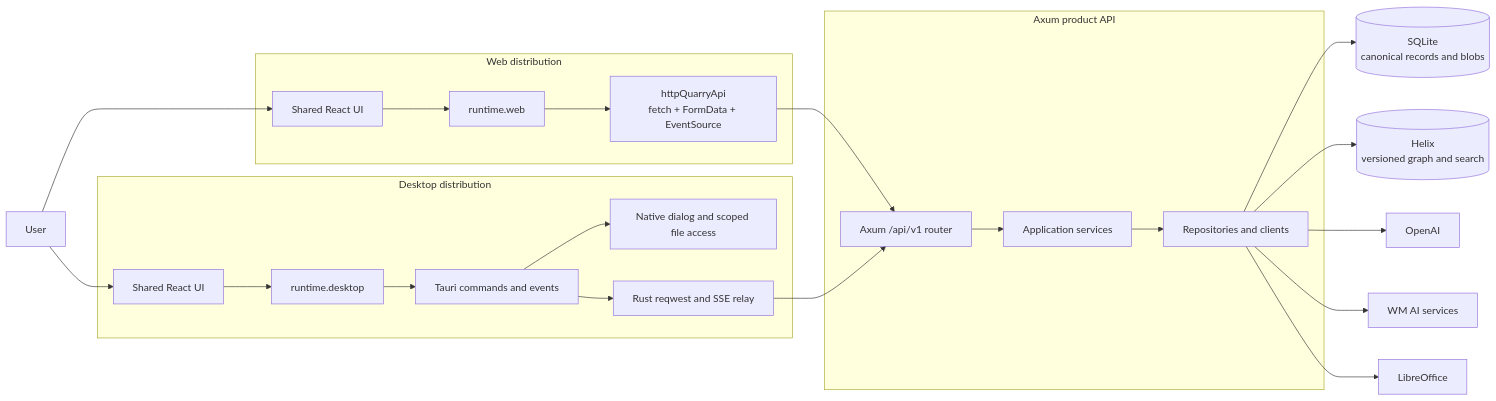
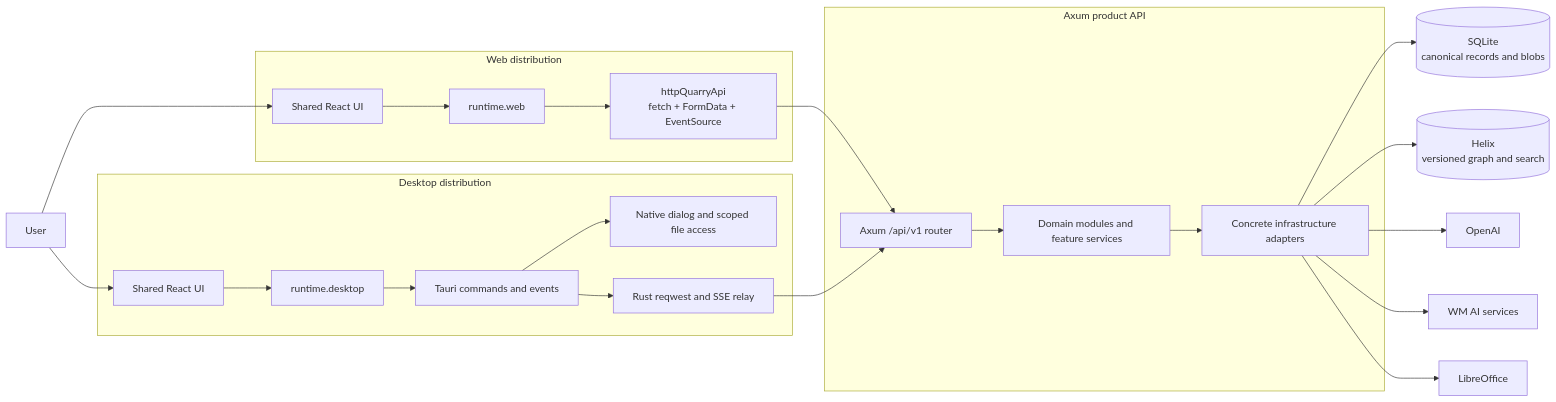
Before and after one commit to ratik-gambhir-WM/Quarry: the first of 3 diagrams in docs/ARCHITECTURE.md, drawn with Mermaid. The commit also changed other lines of this file and 344 other files, not shown here.

````diff
--- a/docs/ARCHITECTURE.md
+++ b/docs/ARCHITECTURE.md
@@ -69,45 +68,45 @@
 ```mermaid
 flowchart LR
     User[User]
 
     subgraph Browser[Web distribution]
         WebUI[Shared React UI]
         WebRuntime[runtime.web]
         HttpApi[httpQuarryApi\nfetch + FormData + EventSource]
         WebUI --> WebRuntime --> HttpApi
     end
 
     subgraph Desktop[Desktop distribution]
         DesktopUI[Shared React UI]
         DesktopRuntime[runtime.desktop]
         Tauri[Tauri commands and events]
         Native[Native dialog and scoped file access]
         Relay[Rust reqwest and SSE relay]
         DesktopUI --> DesktopRuntime --> Tauri
         Tauri --> Native
         Tauri --> Relay
     end
 
     subgraph Server[Axum product API]
         Router[Axum /api/v1 router]
-        Services[Application services]
-        Repositories[Repositories and clients]
-        Router --> Services --> Repositories
+        Domains[Domain modules and feature services]
+        Adapters[Concrete infrastructure adapters]
+        Router --> Domains --> Adapters
     end
 
     SQLite[(SQLite\ncanonical records and blobs)]
     Helix[(Helix\nversioned graph and search)]
     OpenAI[OpenAI]
     WmAi[WM AI services]
     Office[LibreOffice]
 
     User --> WebUI
     User --> DesktopUI
     HttpApi --> Router
     Relay --> Router
-    Repositories --> SQLite
-    Repositories --> Helix
-    Repositories --> OpenAI
-    Repositories --> WmAi
-    Repositories --> Office
+    Adapters --> SQLite
+    Adapters --> Helix
+    Adapters --> OpenAI
+    Adapters --> WmAi
+    Adapters --> Office
 ```
````
